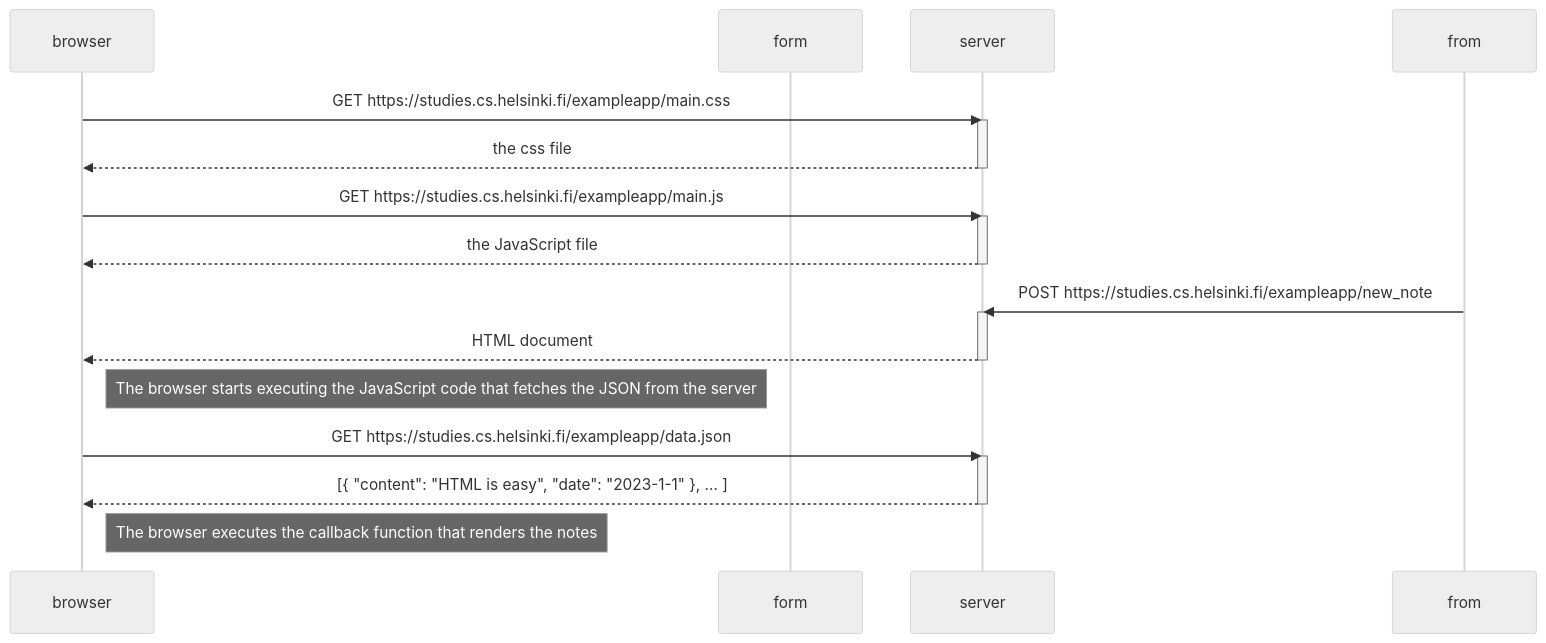
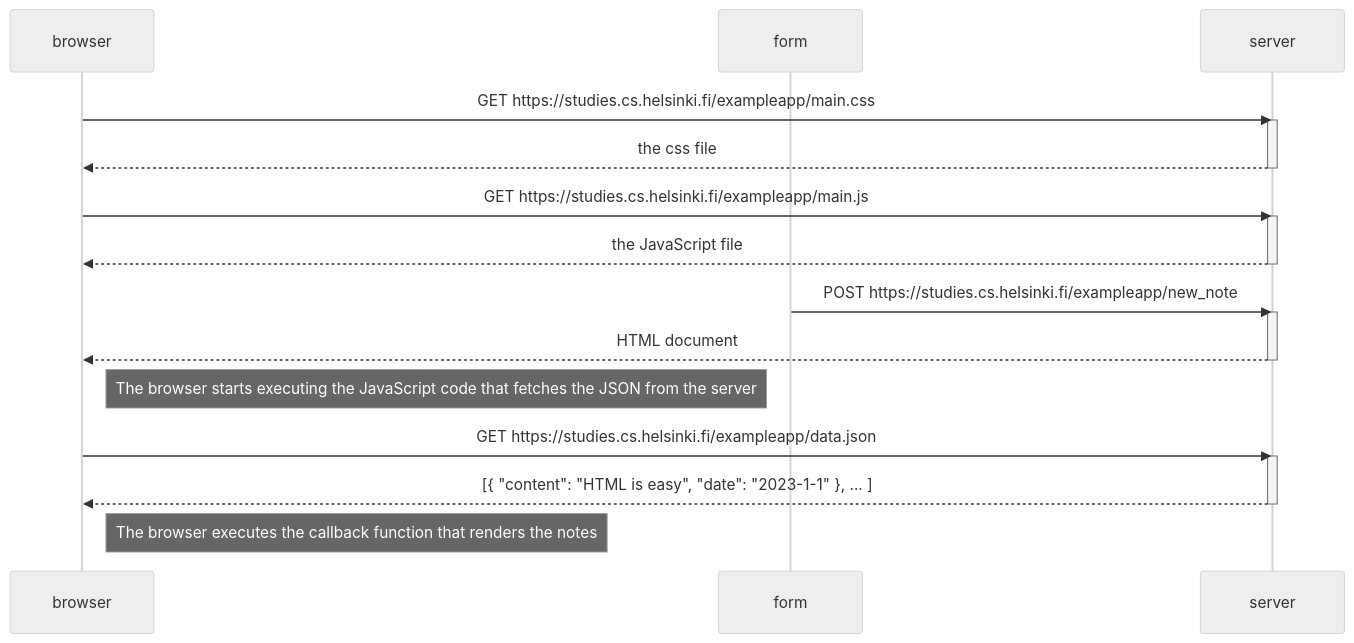
Before and after one commit to ejprietocal/part0: the diagram in .04.md, drawn with Mermaid (neutral theme).

````diff
--- a/.04.md
+++ b/.04.md
@@ -1,30 +1,30 @@
 ```mermaid
 sequenceDiagram
     participant browser
     participant form
     participant server
 
     browser->>server: GET https://studies.cs.helsinki.fi/exampleapp/main.css
     activate server
     server-->>browser: the css file
     deactivate server
 
     browser->>server: GET https://studies.cs.helsinki.fi/exampleapp/main.js
     activate server
     server-->>browser: the JavaScript file
     deactivate server
 
-    from->>server: POST https://studies.cs.helsinki.fi/exampleapp/new_note
+    form->>server: POST https://studies.cs.helsinki.fi/exampleapp/new_note
     activate server
     server-->>browser: HTML document
     deactivate server
 
     Note right of browser: The browser starts executing the JavaScript code that fetches the JSON from the server
 
     browser->>server: GET https://studies.cs.helsinki.fi/exampleapp/data.json
     activate server
     server-->>browser: [{ "content": "HTML is easy", "date": "2023-1-1" }, ... ]
     deactivate server
 
     Note right of browser: The browser executes the callback function that renders the notes
 ```
````
